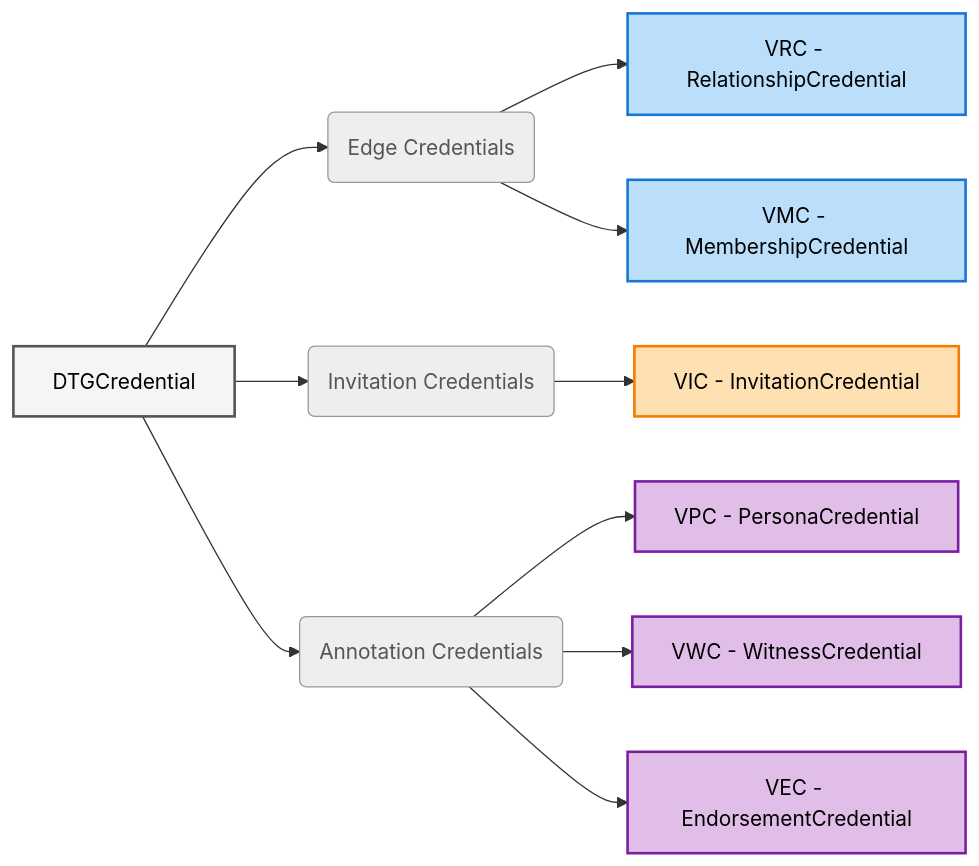
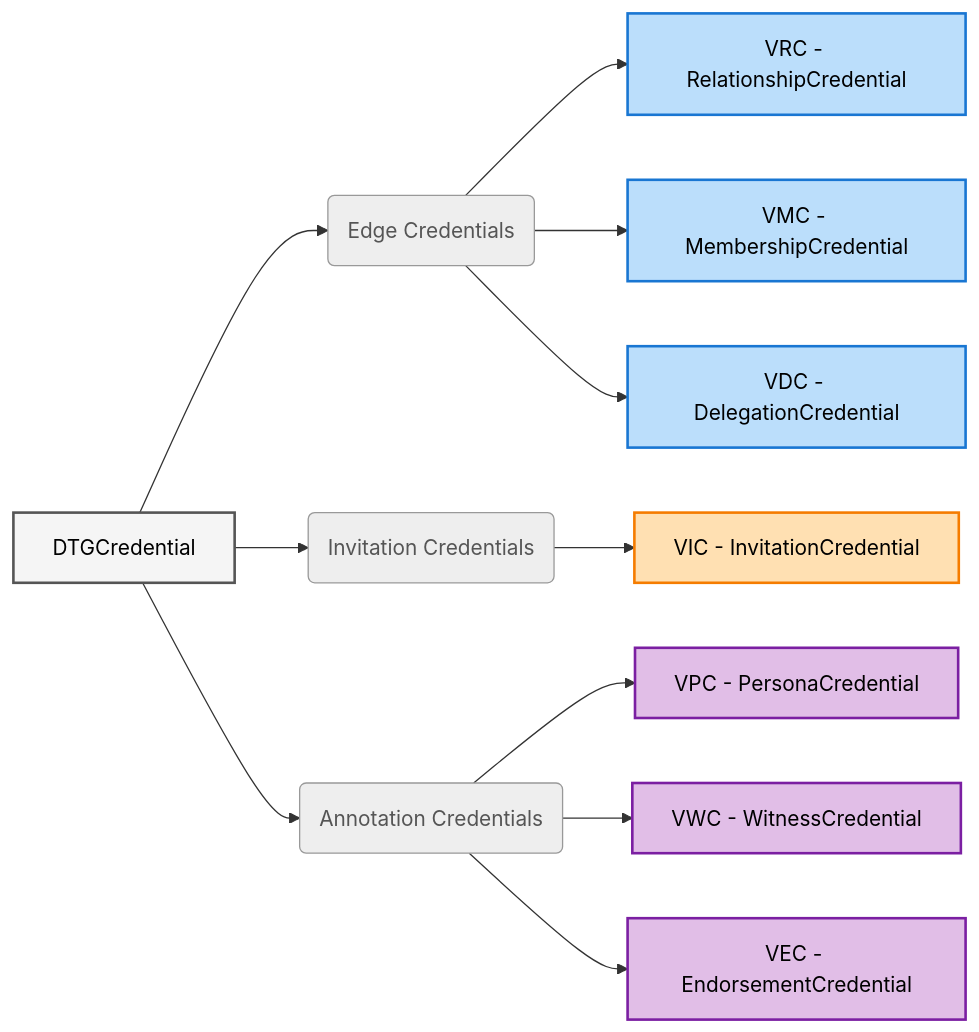
The diagram in spec/body.md (stormer78/dtgwg-cred-spec), drawn with Mermaid before and after one commit. The commit also changed other lines of this file and 7 other files, not shown here.

First line of the commit message:
Add the VDC (verifiable delegation credential) as a DTG edge credential (#19)

````diff
--- a/spec/body.md
+++ b/spec/body.md
@@ -7,27 +7,28 @@
 ```mermaid
 graph LR
     DTG[DTGCredential]
 
     DTG --> EC(Edge Credentials)
     DTG --> IC(Invitation Credentials)
     DTG --> AC(Annotation Credentials)
 
     EC --> VRC["VRC - RelationshipCredential"]
     EC --> VMC["VMC - MembershipCredential"]
+    EC --> VDC["VDC - DelegationCredential"]
     IC --> VIC["VIC - InvitationCredential"]
     AC --> VPC["VPC - PersonaCredential"]
     AC --> VWC["VWC - WitnessCredential"]
     AC --> VEC["VEC - EndorsementCredential"]
 
     classDef parent fill:#f5f5f5,stroke:#555,stroke-width:2px,color:#000
     classDef cat fill:#eeeeee,stroke:#999,stroke-width:1px,color:#555
     classDef edge fill:#bbdefb,stroke:#1976d2,stroke-width:2px,color:#000
     classDef inv fill:#ffe0b2,stroke:#f57c00,stroke-width:2px,color:#000
     classDef ann fill:#e1bee7,stroke:#7b1fa2,stroke-width:2px,color:#000
 
     class DTG parent
     class EC,IC,AC cat
-    class VMC,VRC edge
+    class VMC,VRC,VDC edge
     class VIC inv
     class VPC,VEC,VWC ann
 ```
````
